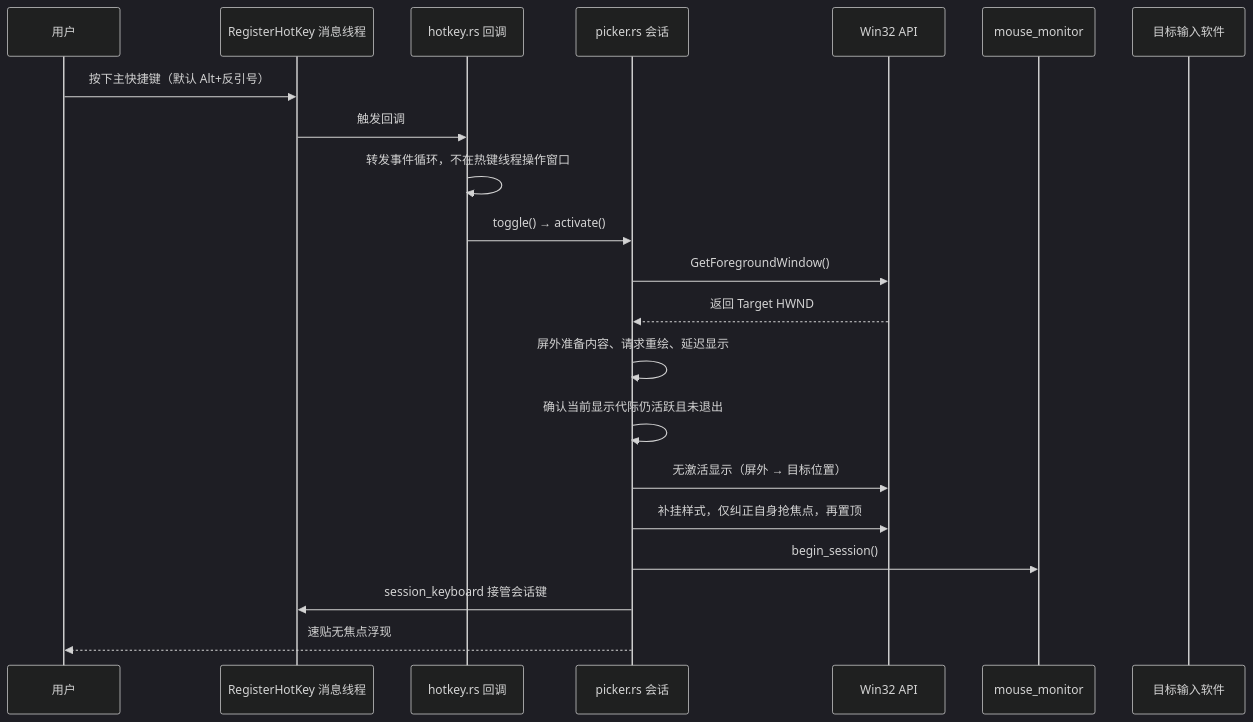
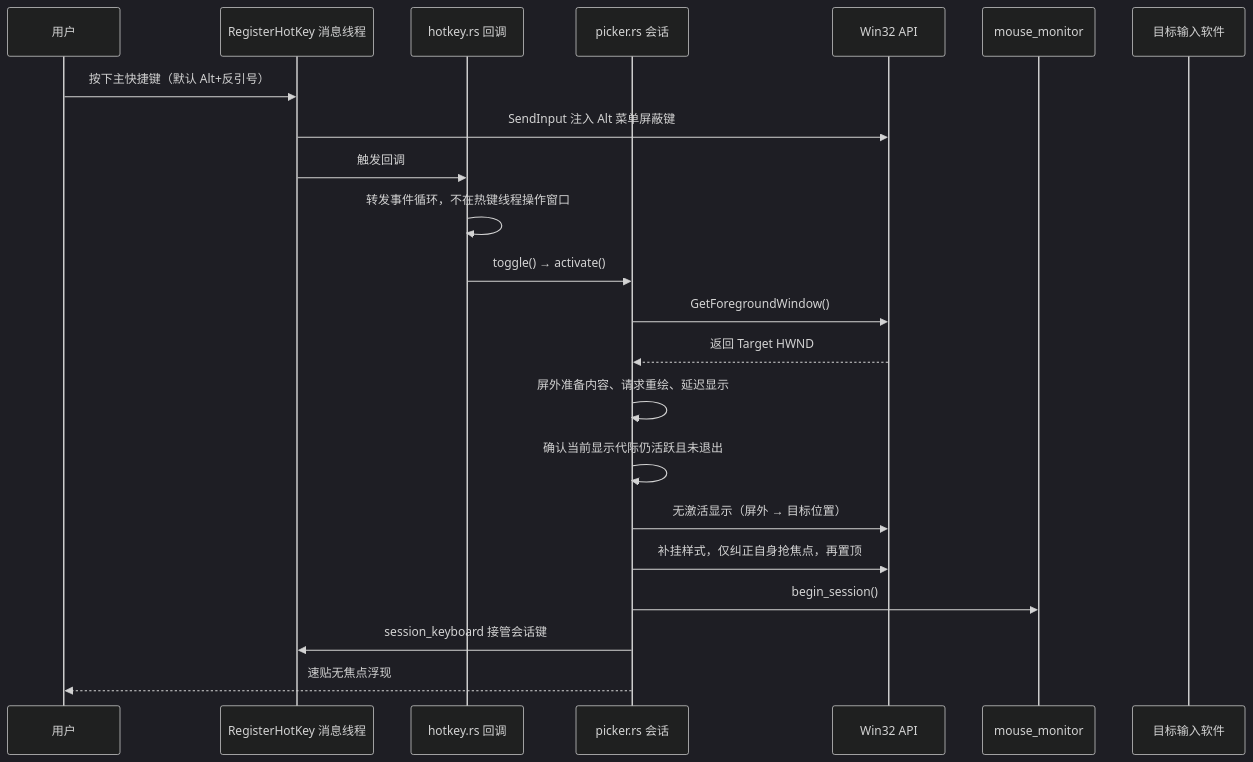
The first of 2 diagrams in docs/no-focus-picker.md (tranquil-w/floatpaste), drawn with Mermaid (dark theme) before and after one commit. The commit also changed other lines of this file and 1 other file, not shown here.

First line of the commit message:
fix(hotkey): 含 Alt 快捷键命中后注入菜单屏蔽键

````diff
--- a/docs/no-focus-picker.md
+++ b/docs/no-focus-picker.md
@@ -64,24 +65,25 @@
 ```mermaid
 sequenceDiagram
     participant User as 用户
     participant HotkeyThread as RegisterHotKey 消息线程
     participant Hotkey as hotkey.rs 回调
     participant Picker as picker.rs 会话
     participant Win32 as Win32 API
     participant Mouse as mouse_monitor
     participant Target as 目标输入软件
 
     User->>HotkeyThread: 按下主快捷键（默认 Alt+反引号）
+    HotkeyThread->>Win32: SendInput 注入 Alt 菜单屏蔽键
     HotkeyThread->>Hotkey: 触发回调
     Hotkey->>Hotkey: 转发事件循环，不在热键线程操作窗口
     Hotkey->>Picker: toggle() → activate()
     Picker->>Win32: GetForegroundWindow()
     Win32-->>Picker: 返回 Target HWND
     Picker->>Picker: 屏外准备内容、请求重绘、延迟显示
     Picker->>Picker: 确认当前显示代际仍活跃且未退出
     Picker->>Win32: 无激活显示（屏外 → 目标位置）
     Picker->>Win32: 补挂样式，仅纠正自身抢焦点，再置顶
     Picker->>Mouse: begin_session()
     Picker->>HotkeyThread: session_keyboard 接管会话键
     Picker-->>User: 速贴无焦点浮现
 ```
````
